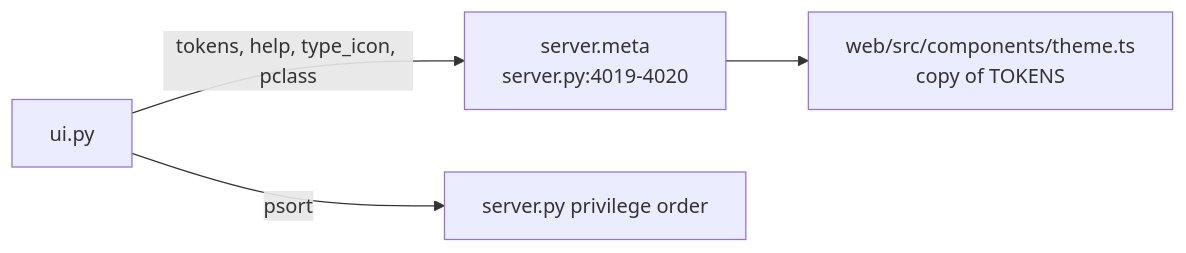
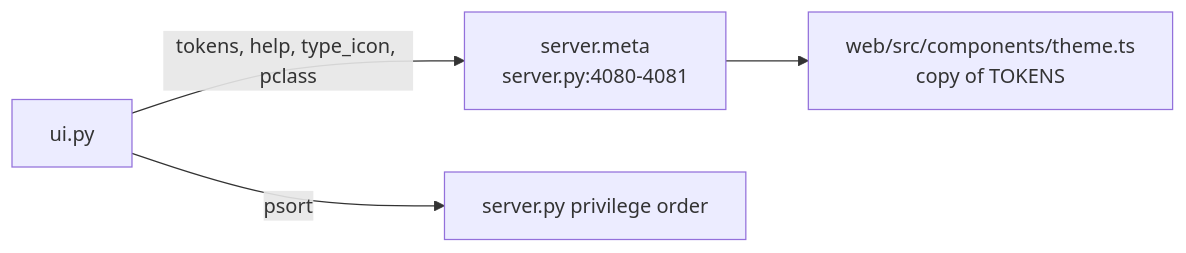
Before and after one commit to darshanmeel/snowflake-access-explorer: the diagram in snowflake-access-explorer-knowledge-graph/modules/ui.md, drawn with Mermaid. The commit also changed 90 other files, not shown here.

Commit message:
Knowledge graph: up to date with the left-nav sections, Can they?, Compare, What if and risk tables

````diff
--- a/snowflake-access-explorer-knowledge-graph/modules/ui.md
+++ b/snowflake-access-explorer-knowledge-graph/modules/ui.md
@@ -6,6 +6,6 @@
 ```mermaid
 flowchart LR
-  UI[ui.py] -->|tokens, help, type_icon, pclass| M[server.meta<br/>server.py:4019-4020]
+  UI[ui.py] -->|tokens, help, type_icon, pclass| M[server.meta<br/>server.py:4080-4081]
   M --> W[web/src/components/theme.ts<br/>copy of TOKENS]
   UI -->|psort| S[server.py privilege order]
 ```
````
